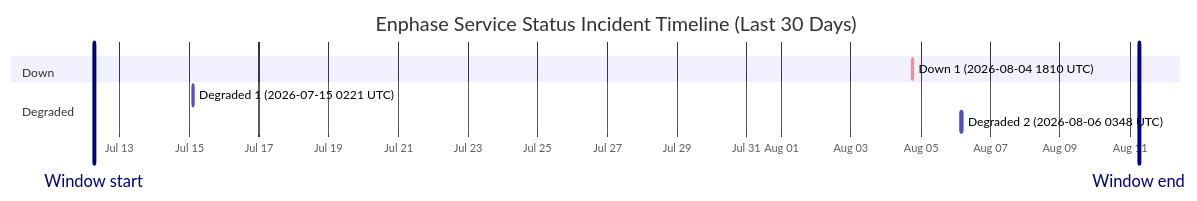
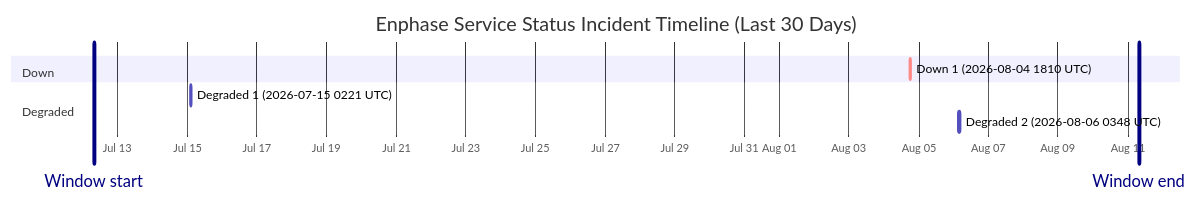
Before and after one commit to barneyonline/ha-enphase-energy: the diagram in wiki/Service-Status-History.md, drawn with Mermaid. The commit also changed other lines of this file and 3 other files, not shown here.

````diff
--- a/wiki/Service-Status-History.md
+++ b/wiki/Service-Status-History.md
@@ -14,13 +14,13 @@
 ```mermaid
 gantt
     title Enphase Service Status Incident Timeline (Last 30 Days)
     dateFormat  YYYY-MM-DDTHH:mm:ss
     axisFormat  %b %d
-    Window start :vert, window-start, 2026-07-12T06:13:27, 0ms
-    Window end :vert, window-end, 2026-08-11T06:13:27, 0ms
+    Window start :vert, window-start, 2026-07-12T07:45:04, 0ms
+    Window end :vert, window-end, 2026-08-11T07:45:04, 0ms
     section Down
     Down 1 (2026-08-04 1810 UTC) :crit, down-1, 2026-08-04T18:10:46, 60m
     section Degraded
     Degraded 1 (2026-07-15 0221 UTC) :active, degraded-1, 2026-07-15T02:21:35, 60m
     Degraded 2 (2026-08-06 0348 UTC) :active, degraded-2, 2026-08-06T03:48:14, 60m
 ```
````
